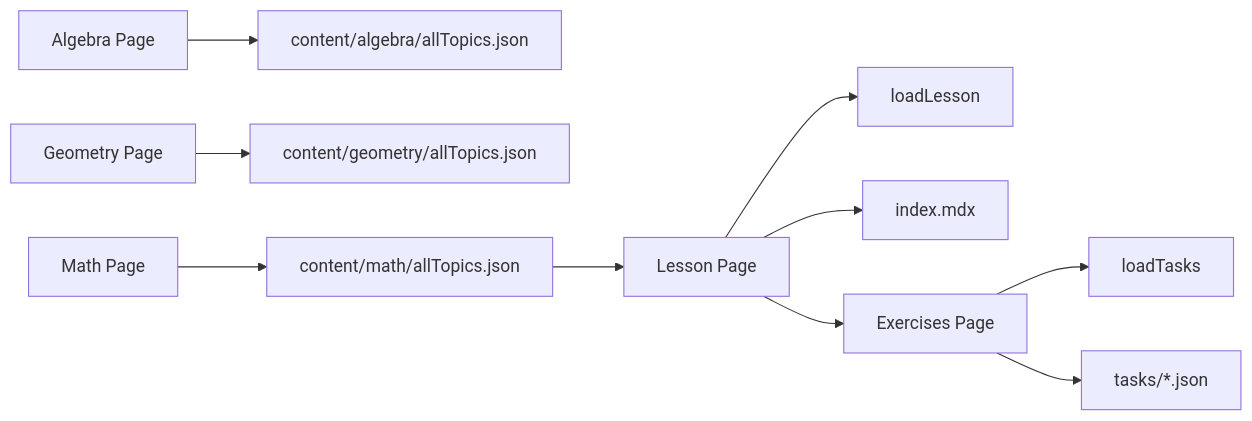
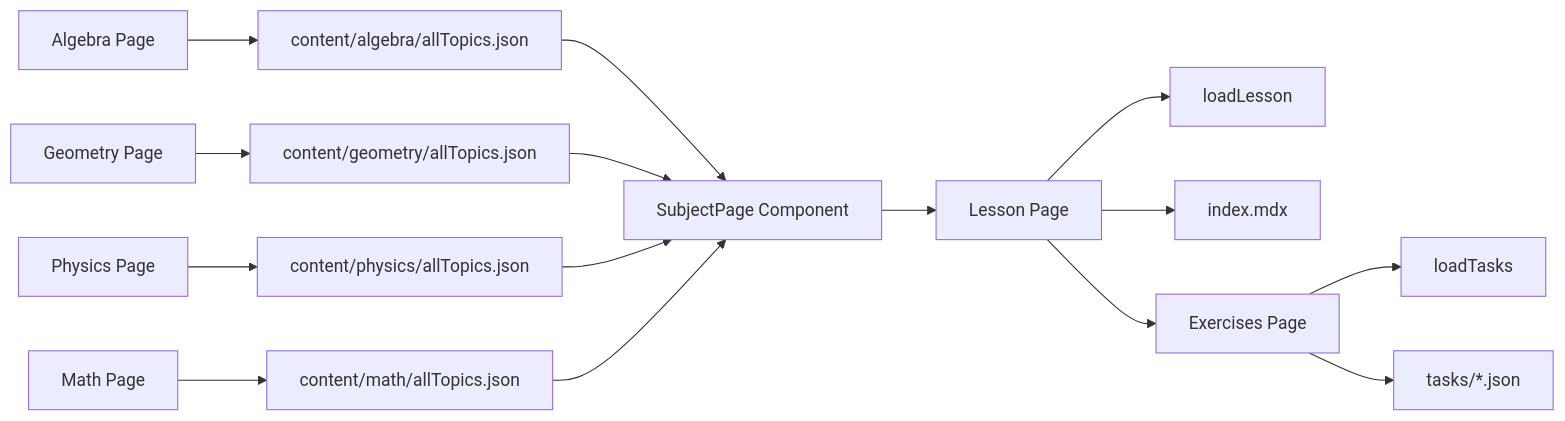
The third of 3 diagrams in .qoder/repowiki/en/content/Core Features/Content Management System/Subject Organization & Structure.md (AlexKutz/math-app-next-js), drawn with Mermaid before and after one commit. The commit also changed other lines of this file and 9 other files, not shown here.

````diff
--- a/.qoder/repowiki/en/content/Core Features/Content Management System/Subject Organization & Structure.md
+++ b/.qoder/repowiki/en/content/Core Features/Content Management System/Subject Organization & Structure.md
@@ -284,12 +345,18 @@
 ```mermaid
 graph LR
 ALG["Algebra Page"] --> ALG_CATALOG["content/algebra/allTopics.json"]
 GEOM["Geometry Page"] --> GEOM_CATALOG["content/geometry/allTopics.json"]
+PHYS["Physics Page"] --> PHYS_CATALOG["content/physics/allTopics.json"]
 MATH["Math Page"] --> MATH_CATALOG["content/math/allTopics.json"]
-MATH_CATALOG --> LESSON_PAGE["Lesson Page"]
+SUBJECT_COMP["SubjectPage Component"]
+ALG_CATALOG --> SUBJECT_COMP
+GEOM_CATALOG --> SUBJECT_COMP
+PHYS_CATALOG --> SUBJECT_COMP
+MATH_CATALOG --> SUBJECT_COMP
+SUBJECT_COMP --> LESSON_PAGE["Lesson Page"]
 LESSON_PAGE --> LOAD_LESSON["loadLesson"]
 LESSON_PAGE --> MDX["index.mdx"]
 LESSON_PAGE --> EXERCICES_PAGE["Exercises Page"]
 EXERCICES_PAGE --> LOAD_TASKS["loadTasks"]
 EXERCICES_PAGE --> TASKS["tasks/*.json"]
 ```
````
